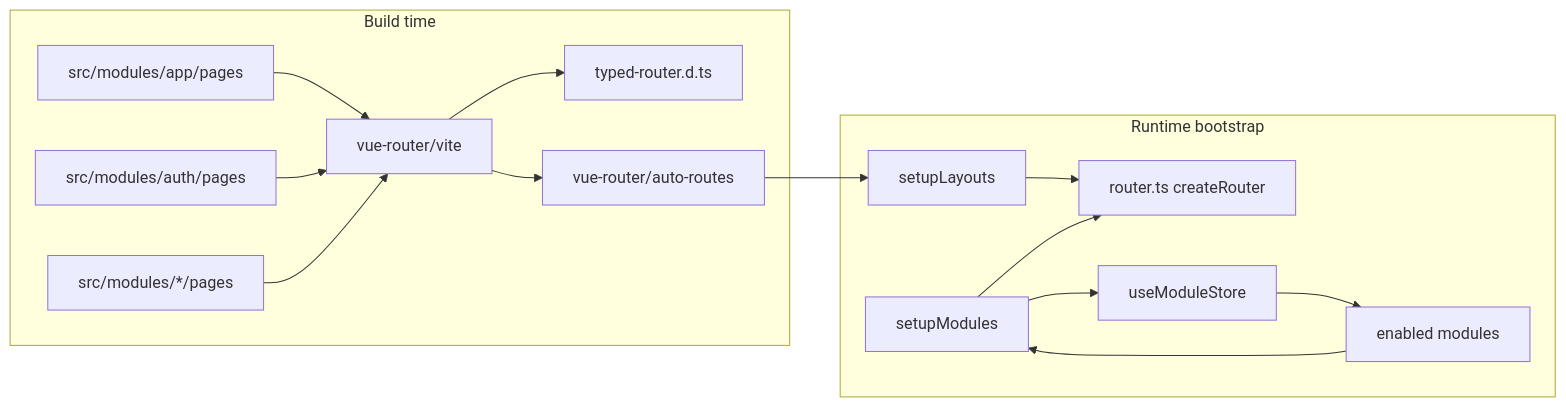
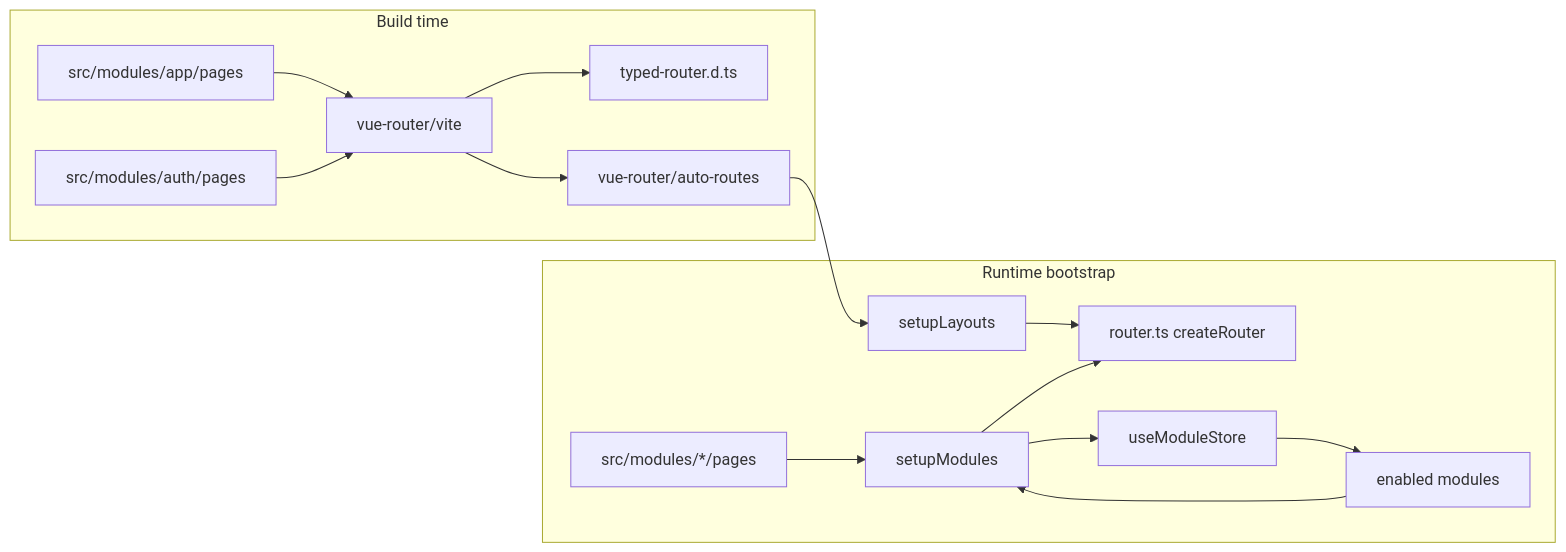
The first of 6 diagrams in docs/2.architecture/3.routing.md (boussadjra/vuestrata), drawn with Mermaid before and after one commit. The commit also changed other lines of this file and 1 other file, not shown here.

First line of the commit message:
refactor(lint): enforce module barrels and stop globbing domain pages

````diff
--- a/docs/2.architecture/3.routing.md
+++ b/docs/2.architecture/3.routing.md
@@ -19,31 +19,31 @@
 ```mermaid
 flowchart LR
   subgraph BuildTime[Build time]
     AppPages[src/modules/app/pages]
     AuthPages[src/modules/auth/pages]
-    ModulePages[src/modules/*/pages]
     RoutePlugin[vue-router/vite]
     Typed[typed-router.d.ts]
     AutoRoutes[vue-router/auto-routes]
   end
 
   subgraph Runtime[Runtime bootstrap]
+    ModulePages[src/modules/*/pages]
     Router[router.ts createRouter]
     Layouts[setupLayouts]
     ModuleSetup[setupModules]
     ModuleStore[useModuleStore]
     Enabled[enabled modules]
   end
 
   AppPages --> RoutePlugin
   AuthPages --> RoutePlugin
-  ModulePages --> RoutePlugin
+  ModulePages --> ModuleSetup
   RoutePlugin --> Typed
   RoutePlugin --> AutoRoutes
   AutoRoutes --> Layouts
   Layouts --> Router
   ModuleSetup --> ModuleStore
   ModuleStore --> Enabled
   Enabled --> ModuleSetup
   ModuleSetup --> Router
 ```
````
